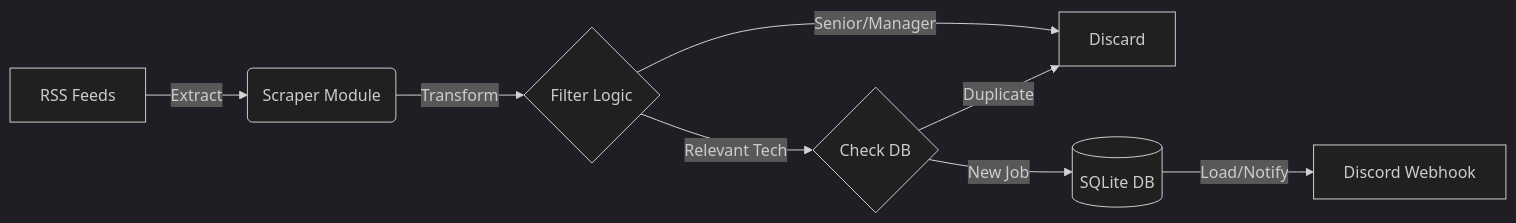
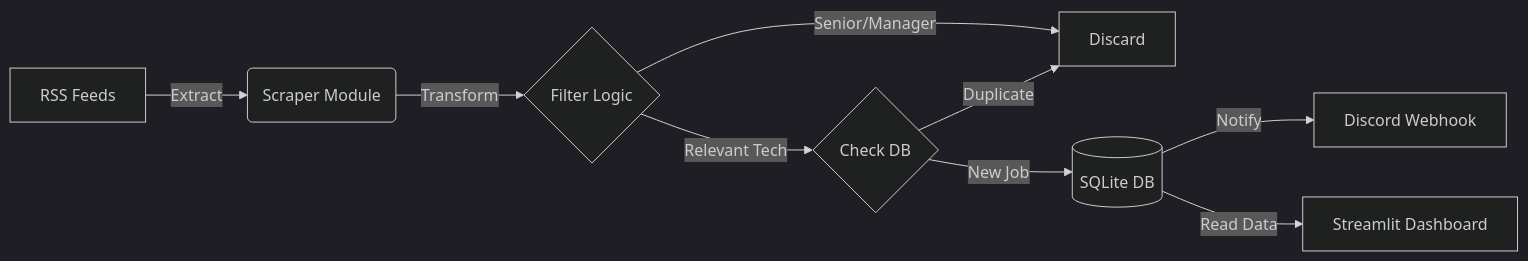
The diagram in Job Hunter/README.md (RodrigoMendes04/Personal-Projects), drawn with Mermaid (dark theme) before and after one commit. The commit also changed other lines of this file, not shown here.

First line of the commit message:
Enhance README with Streamlit and analytics details

````diff
--- a/Job Hunter/README.md
+++ b/Job Hunter/README.md
@@ -20,10 +22,11 @@
 ```mermaid
 graph LR
     A[RSS Feeds] -->|Extract| B(Scraper Module)
     B -->|Transform| C{Filter Logic}
     C -- "Senior/Manager" --> D[Discard]
     C -- "Relevant Tech" --> E{Check DB}
     E -- "Duplicate" --> D
     E -- "New Job" --> F[(SQLite DB)]
-    F -->|Load/Notify| G[Discord Webhook]
+    F -->|Notify| G[Discord Webhook]
+    F -->|Read Data| H[Streamlit Dashboard]
 ```
````
